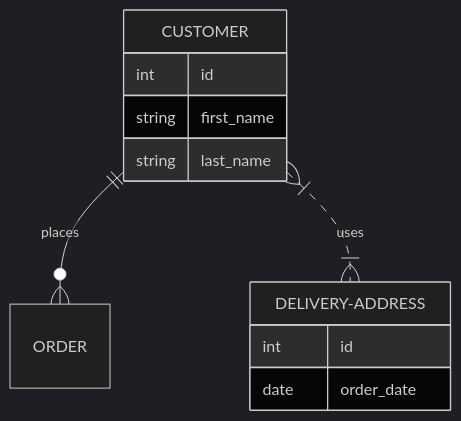
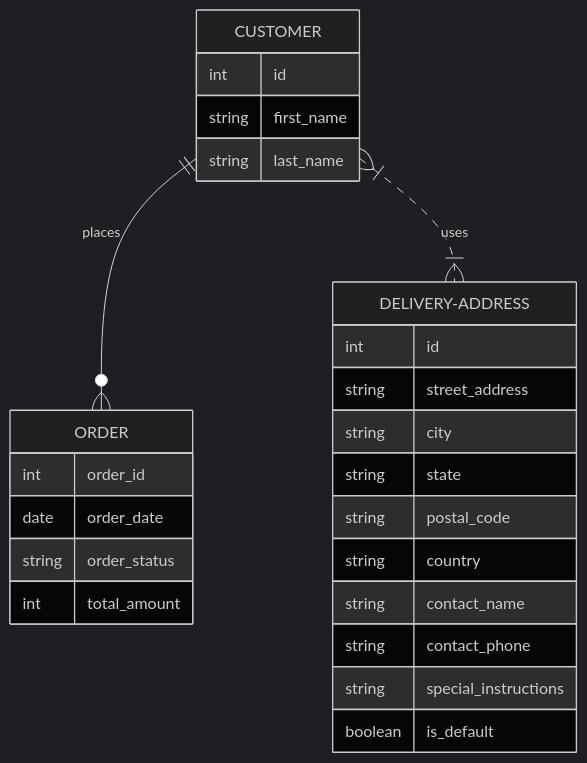
The diagram in hw7/hw7.qmd (cmsc-vcu/cmsc508-fa2023-hw7-mudboy1), drawn with Mermaid (dark theme) before and after one commit. The commit also changed 1 other file, not shown here.

Commit message:
one more try

````diff
--- a/hw7/hw7.qmd
+++ b/hw7/hw7.qmd
@@ -102,15 +102,29 @@
 ```{mermaid}
 %%| echo: false
 erDiagram
     CUSTOMER ||--o{ ORDER : places
     CUSTOMER }|..|{ DELIVERY-ADDRESS : uses
-    CUSTOMER{
+       CUSTOMER{
         int id
         string first_name
         string last_name
     }
     DELIVERY-ADDRESS {
         int id
+        string street_address
+        string city
+        string state
+        string postal_code
+        string country
+        string contact_name
+        string contact_phone
+        string special_instructions
+        boolean is_default
+    }
+    ORDER {
+        int order_id
         date order_date
+        string order_status
+        int total_amount
     }
 ```
````
